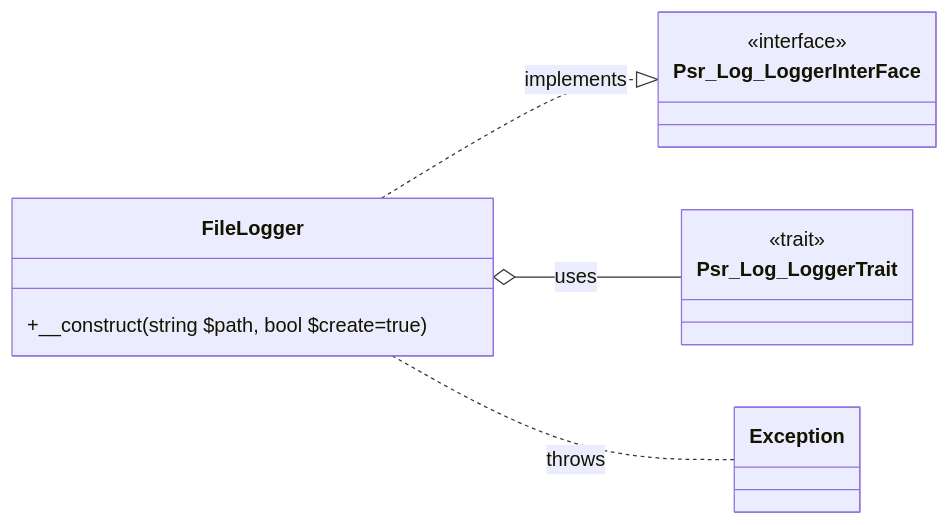
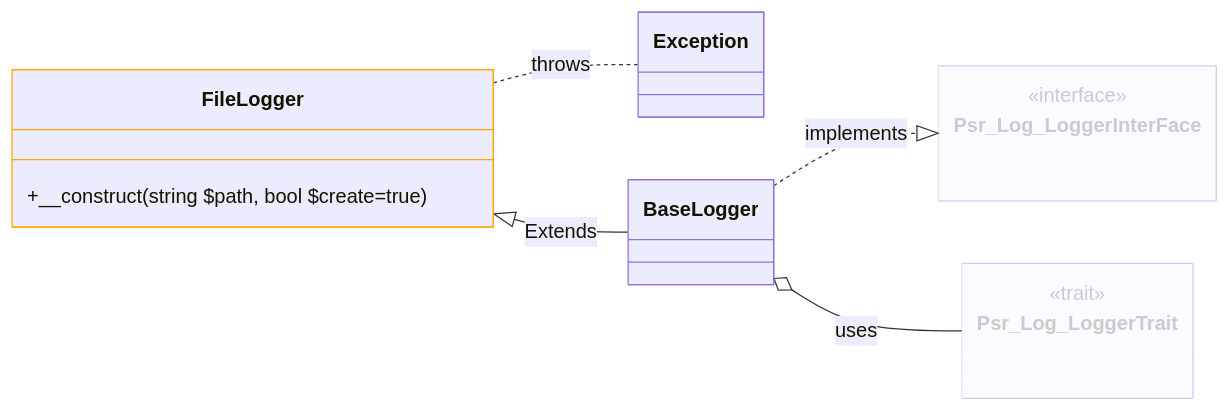
Before and after one commit to volta-framework/component-logging: the second of 4 diagrams in libraries/README.md, drawn with Mermaid. The commit also changed other lines of this file and 5 other files, not shown here.

Commit message:
UPDATE: UML and documentation

````diff
--- a/libraries/README.md
+++ b/libraries/README.md
@@ -31,15 +64,19 @@
 ```mermaid
 classDiagram
     direction LR
+    
     class Psr_Log_LoggerInterFace{ <<interface>> }
-    class FileLogger { 
-        +__construct(string $path, bool $create=true)
-    }
+    class FileLogger { +__construct(string $path, bool $create=true)}
     class Psr_Log_LoggerTrait { <<trait>> }
     class Exception
-    
-    FileLogger ..|> Psr_Log_LoggerInterFace : implements    
-    FileLogger o-- Psr_Log_LoggerTrait : uses
+    class BaseLogger
+
+    style Psr_Log_LoggerTrait opacity: 0.2 
+    style Psr_Log_LoggerInterFace opacity: 0.2 
+    style FileLogger stroke:#FFa500 
+
+    BaseLogger ..|> Psr_Log_LoggerInterFace : implements
+    BaseLogger o-- Psr_Log_LoggerTrait : uses
     FileLogger .. Exception : throws
-    
+    FileLogger <|--  BaseLogger : Extends    
 ```
````
